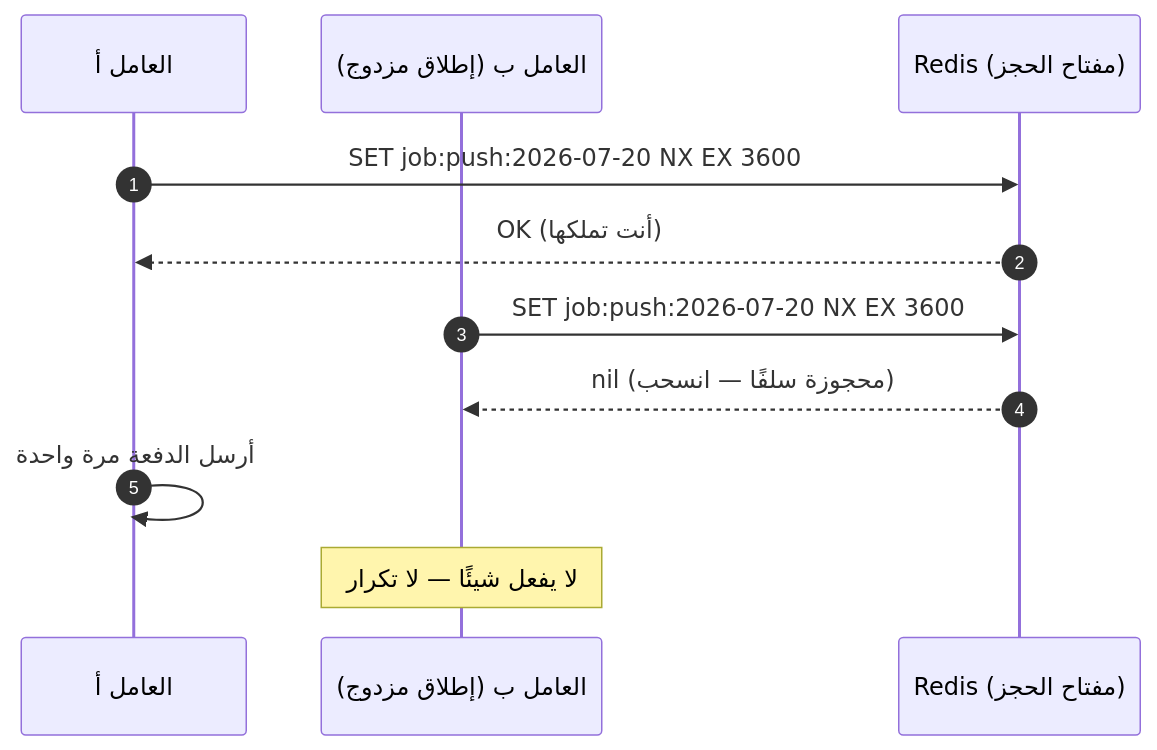
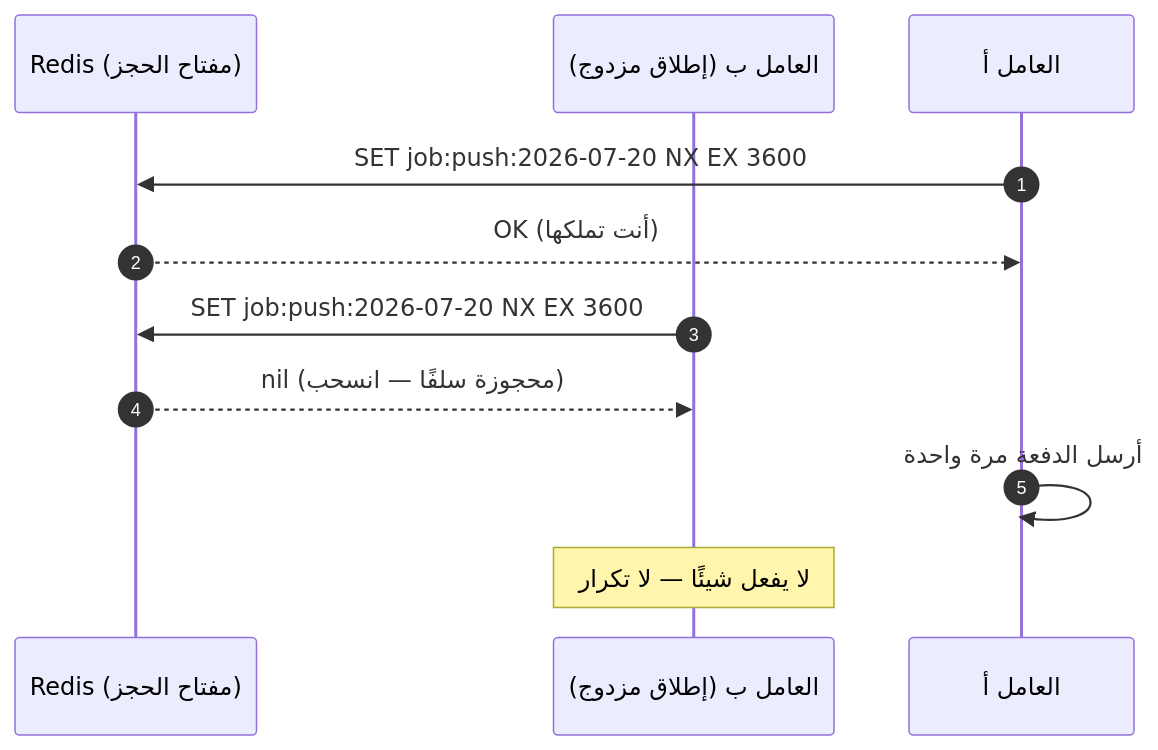
One commit to Tamoura/system-design-for-vibe-coders changed the fourth of 6 diagrams in modules/07-observability/module.ar.md. Above: the diagram before and after it, drawn with Mermaid. The commit also changed other lines of this file and 31 other files, not shown here.

First line of the commit message:
Arabic editions: diagrams flow right to left

````diff
--- a/modules/07-observability/module.ar.md
+++ b/modules/07-observability/module.ar.md
@@ -451,13 +451,13 @@
 ```mermaid
 sequenceDiagram
     autonumber
+    participant R as Redis (مفتاح الحجز)
+    participant S2 as العامل ب (إطلاق مزدوج)
     participant S1 as العامل أ
-    participant S2 as العامل ب (إطلاق مزدوج)
-    participant R as Redis (مفتاح الحجز)
     S1->>R: SET job:push:2026-07-20 NX EX 3600
     R-->>S1: OK (أنت تملكها)
     S2->>R: SET job:push:2026-07-20 NX EX 3600
     R-->>S2: nil (محجوزة سلفًا — انسحب)
     S1->>S1: أرسل الدفعة مرة واحدة
     Note over S2: لا يفعل شيئًا — لا تكرار
 ```
````
